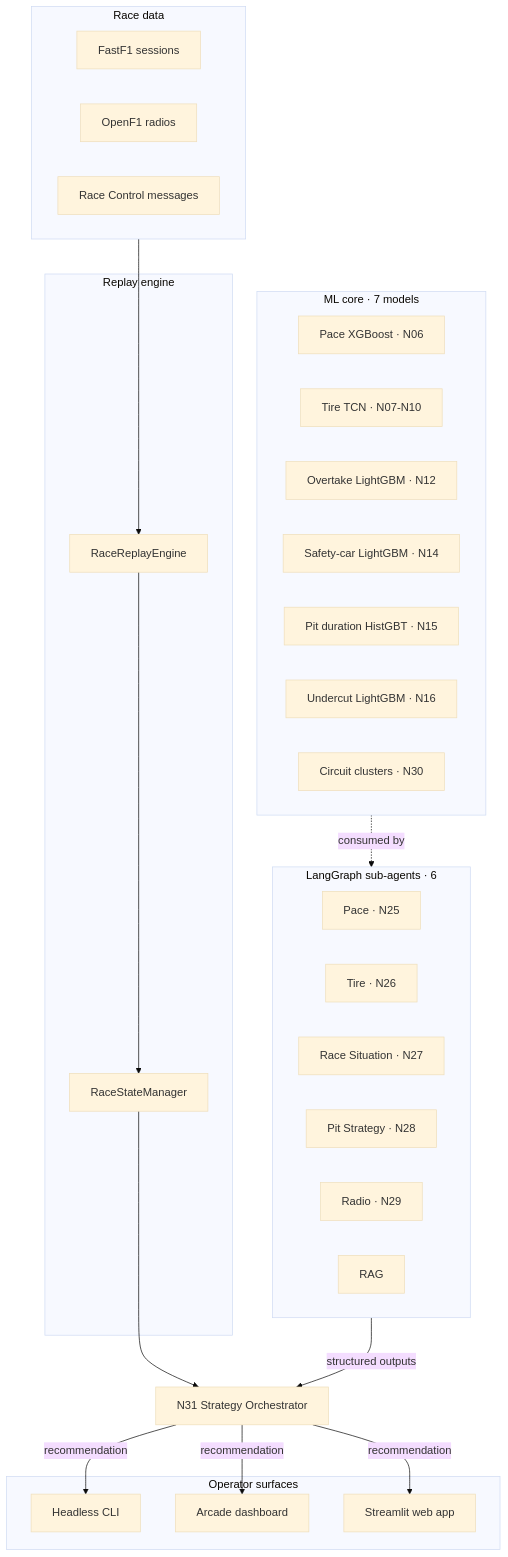
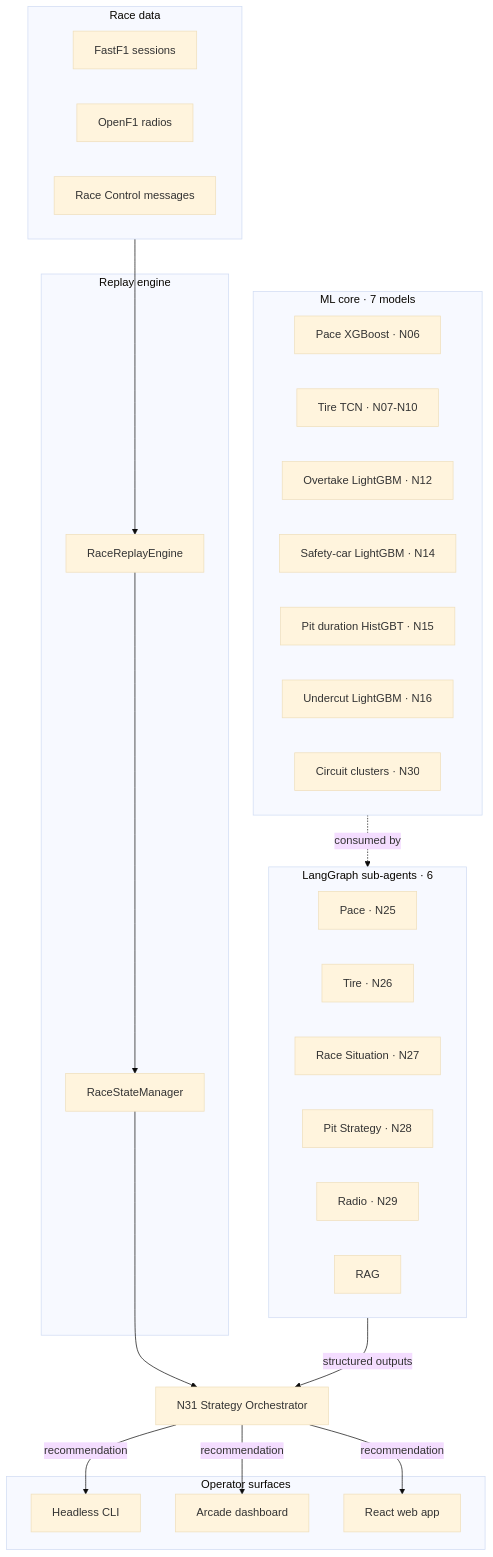
Before and after one commit to VforVitorio/F1_Strat_Manager: the diagram in docs/pages/home.md, drawn with Mermaid (base theme). The commit also changed other lines of this file and 3 other files, not shown here.

````diff
--- a/docs/pages/home.md
+++ b/docs/pages/home.md
@@ -9,49 +9,49 @@
 ```mermaid
 graph TD
     subgraph Sources["Race data"]
         FF[FastF1 sessions]
         OF1[OpenF1 radios]
         RCM[Race Control messages]
     end
 
     subgraph Engine["Replay engine"]
         RRE[RaceReplayEngine]
         RSM[RaceStateManager]
     end
 
     subgraph Models["ML core · 7 models"]
         M1[Pace XGBoost · N06]
         M2[Tire TCN · N07-N10]
         M3[Overtake LightGBM · N12]
         M4[Safety-car LightGBM · N14]
         M5[Pit duration HistGBT · N15]
         M6[Undercut LightGBM · N16]
         M7[Circuit clusters · N30]
     end
 
     subgraph Agents["LangGraph sub-agents · 6"]
         A1[Pace · N25]
         A2[Tire · N26]
         A3[Race Situation · N27]
         A4[Pit Strategy · N28]
         A5[Radio · N29]
         A6[RAG]
     end
 
     ORCH[N31 Strategy Orchestrator]
 
     subgraph Surfaces["Operator surfaces"]
         CLI[Headless CLI]
         ARC[Arcade dashboard]
-        STR[Streamlit web app]
+        STR[React web app]
     end
 
     Sources --> RRE
     RRE --> RSM
     RSM --> ORCH
     Models -.consumed by.-> Agents
     Agents -->|structured outputs| ORCH
     ORCH -->|recommendation| CLI
     ORCH -->|recommendation| ARC
     ORCH -->|recommendation| STR
 ```
````
